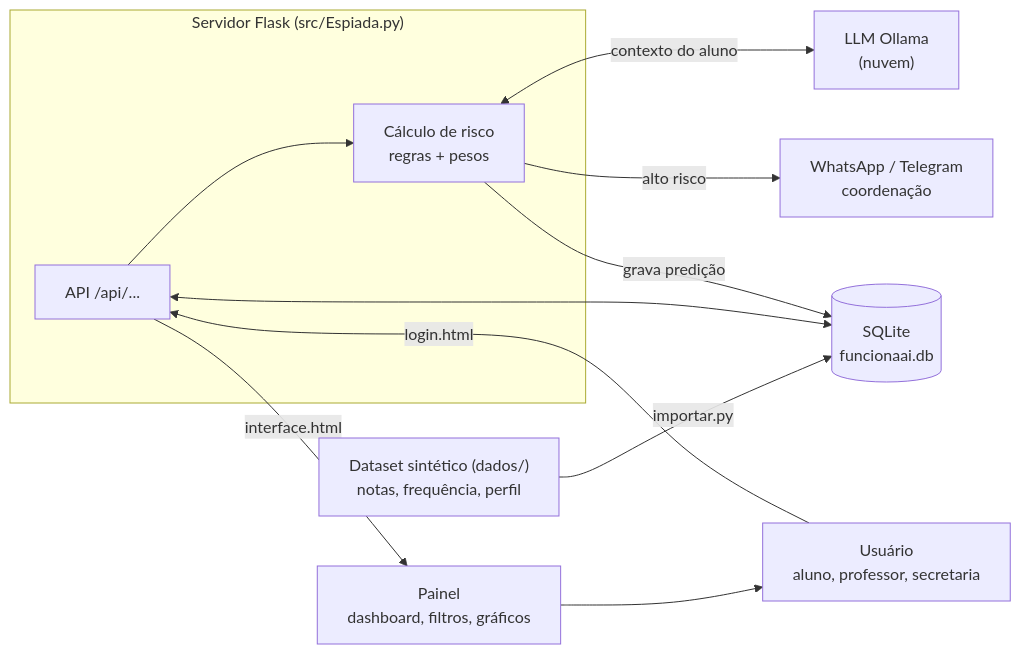
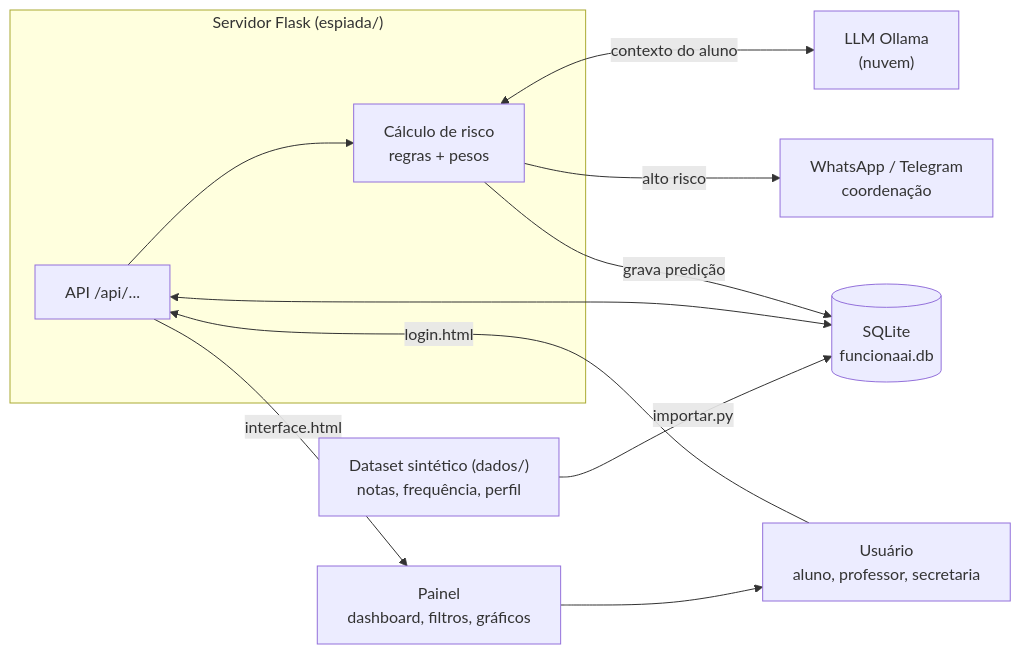
Before and after one commit to DiegoGDutra/Projeto-Espiada: the first of 4 diagrams in readme.md, drawn with Mermaid. The commit also changed other lines of this file and 15 other files, not shown here.

````diff
--- a/readme.md
+++ b/readme.md
@@ -169,16 +189,16 @@
 ```mermaid
 flowchart LR
     AVA["Dataset sintético (dados/)<br/>notas, frequência, perfil"] -->|importar.py| DB
-    subgraph Servidor["Servidor Flask (src/Espiada.py)"]
+    subgraph Servidor["Servidor Flask (espiada/)"]
         API["API /api/..."]
         CALC["Cálculo de risco<br/>regras + pesos"]
         API --> CALC
     end
     API <--> DB[("SQLite<br/>funcionaai.db")]
     CALC <-->|contexto do aluno| LLM["LLM Ollama<br/>(nuvem)"]
     CALC -->|grava predição| DB
     CALC -->|alto risco| NOTIF["WhatsApp / Telegram<br/>coordenação"]
     U["Usuário<br/>aluno, professor, secretaria"] -->|login.html| API
     API -->|interface.html| PAINEL["Painel<br/>dashboard, filtros, gráficos"]
     PAINEL --> U
 ```
````
